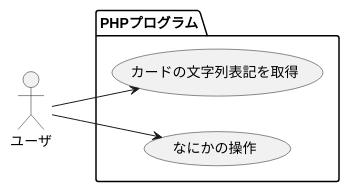
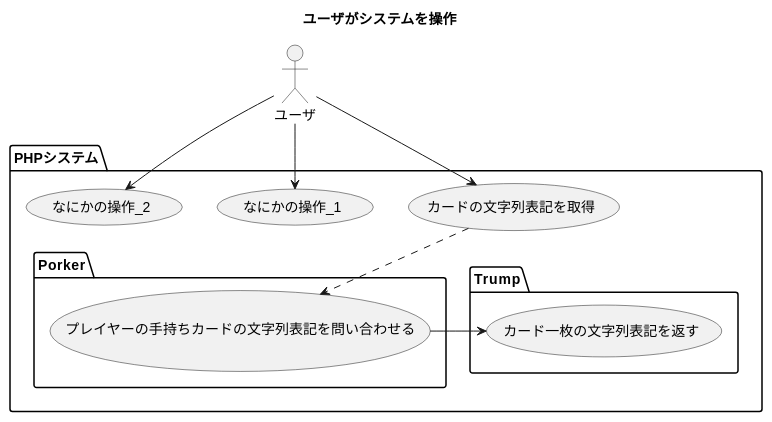
One commit to Kimita/mobpair_with_mohira changed the diagram in docs/usecase/ユーザがCLI実行.puml. Above: the diagram before and after it, drawn with PlantUML. The commit also changed 2 other files, not shown here.

Commit message:
前回コミットまでに配置した各種インターフェースに合わせてユースケース図やロバストネス図を更新した。

```diff
--- a/docs/usecase/ユーザがCLI実行.puml
+++ b/docs/usecase/ユーザがCLI実行.puml
@@ -1,19 +1,32 @@
 @startuml
 
+title ユーザがシステムを操作
 
-left to right direction
+''left to right direction
 
 actor ユーザ
 
-package "PHPプログラム" {
+package "PHPシステム" {
     usecase カードの文字列表記を取得
-    usecase なにかの操作
+    usecase なにかの操作_1
+    usecase なにかの操作_2
+
+    package "Porker" {
+        usecase プレイヤーの手持ちカードの文字列表記を問い合わせる
+    }
+
+    package "Trump" {
+        usecase カード一枚の文字列表記を返す
+    }
 }
 
 
 ユーザ --> カードの文字列表記を取得
-ユーザ --> なにかの操作
+カードの文字列表記を取得 ..> プレイヤーの手持ちカードの文字列表記を問い合わせる
+プレイヤーの手持ちカードの文字列表記を問い合わせる -l-> カード一枚の文字列表記を返す
+ユーザ --> なにかの操作_1
+ユーザ --> なにかの操作_2
 
 
 
 @enduml
```
